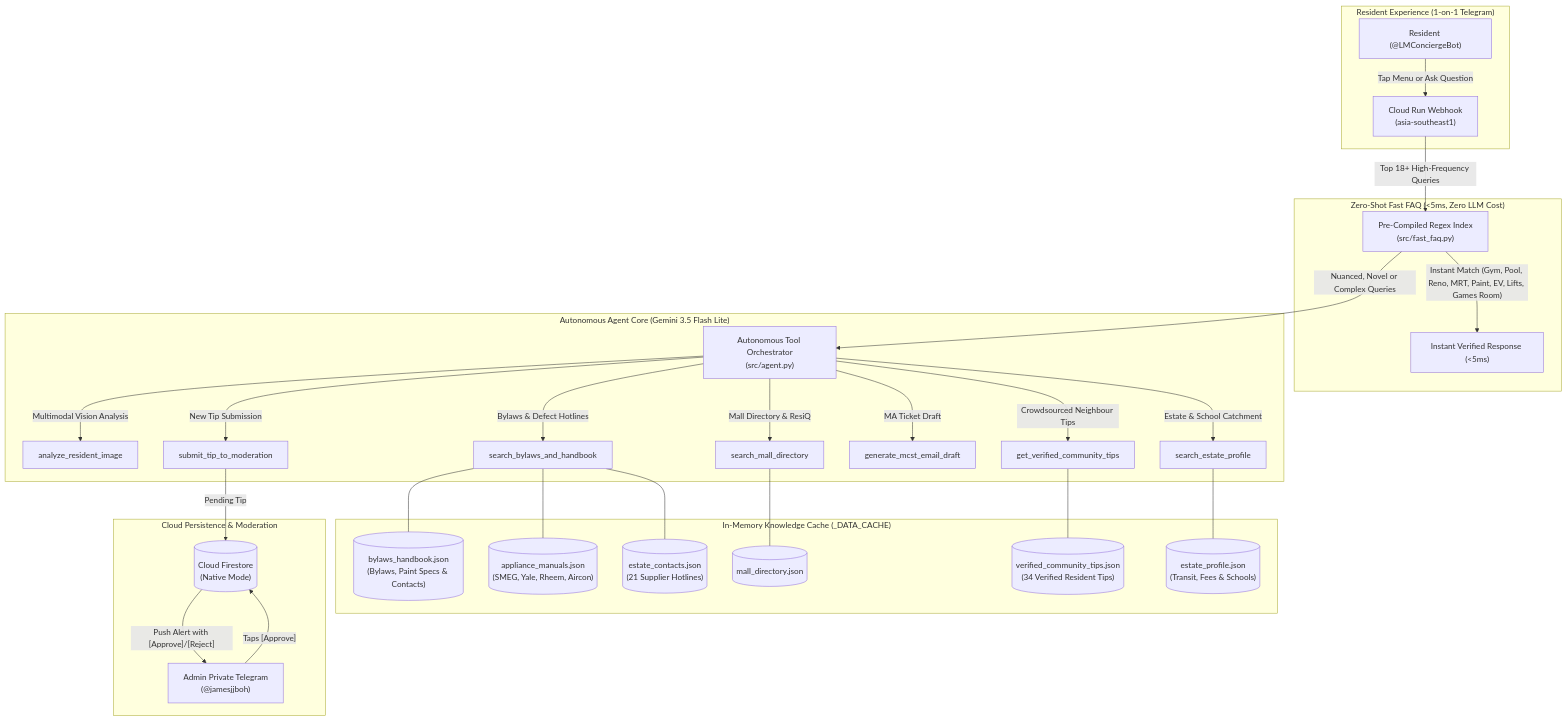
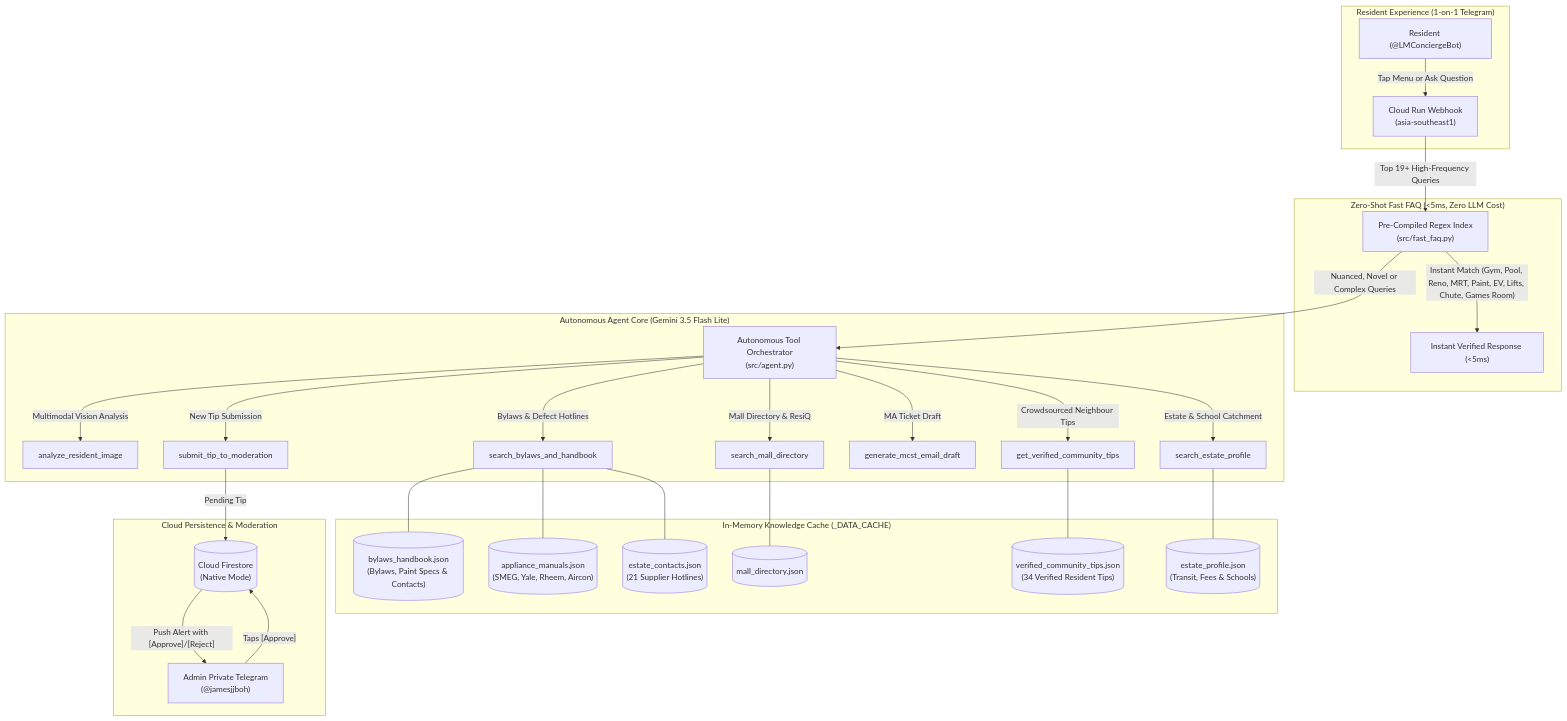
One commit to Jamesjjboh/Lentor-Modern-Concierge changed the diagram in README.md. Above: the diagram before and after it, drawn with Mermaid. The commit also changed 4 other files, not shown here.

Commit message:
feat(chute): add rubbish chute stuck Fast FAQ, reporting guidelines, and Level 2 bin disposal

````diff
--- a/README.md
+++ b/README.md
@@ -28,37 +28,37 @@
 ```mermaid
 flowchart TD
     subgraph ResidentExperience["Resident Experience (1-on-1 Telegram)"]
         User["Resident (@LMConciergeBot)"] -->|"Tap Menu or Ask Question"| Webhook["Cloud Run Webhook<br/>(asia-southeast1)"]
     end
 
     subgraph FastPath["Zero-Shot Fast FAQ (<5ms, Zero LLM Cost)"]
-        Webhook -->|"Top 18+ High-Frequency Queries"| FastFAQ["Pre-Compiled Regex Index<br/>(src/fast_faq.py)"]
-        FastFAQ -->|"Instant Match (Gym, Pool, Reno, MRT, Paint, EV, Lifts, Games Room)"| QuickReturn["Instant Verified Response (<5ms)"]
+        Webhook -->|"Top 19+ High-Frequency Queries"| FastFAQ["Pre-Compiled Regex Index<br/>(src/fast_faq.py)"]
+        FastFAQ -->|"Instant Match (Gym, Pool, Reno, MRT, Paint, EV, Lifts, Chute, Games Room)"| QuickReturn["Instant Verified Response (<5ms)"]
     end
 
     subgraph AgentCore["Autonomous Agent Core (Gemini 3.5 Flash Lite)"]
         FastFAQ -->|"Nuanced, Novel or Complex Queries"| Agent["Autonomous Tool Orchestrator<br/>(src/agent.py)"]
         Agent -->|"Multimodal Vision Analysis"| Vision["analyze_resident_image"]
         Agent -->|"Bylaws & Defect Hotlines"| Tool1["search_bylaws_and_handbook"]
         Agent -->|"Mall Directory & ResiQ"| Tool2["search_mall_directory"]
         Agent -->|"Crowdsourced Neighbour Tips"| Tool3["get_verified_community_tips"]
         Agent -->|"MA Ticket Draft"| Tool4["generate_mcst_email_draft"]
         Agent -->|"New Tip Submission"| Tool5["submit_tip_to_moderation"]
         Agent -->|"Estate & School Catchment"| Tool7["search_estate_profile"]
     end
 
     subgraph KnowledgeData["In-Memory Knowledge Cache (_DATA_CACHE)"]
         Tool1 --- K1[("bylaws_handbook.json<br/>(Bylaws, Paint Specs & Contacts)")]
         Tool1 --- K4[("appliance_manuals.json<br/>(SMEG, Yale, Rheem, Aircon)")]
         Tool1 --- K5[("estate_contacts.json<br/>(21 Supplier Hotlines)")]
         Tool2 --- K2[("mall_directory.json")]
         Tool3 --- K3[("verified_community_tips.json<br/>(34 Verified Resident Tips)")]
         Tool7 --- K6[("estate_profile.json<br/>(Transit, Fees & Schools)")]
     end
 
     subgraph DatabaseLayer["Cloud Persistence & Moderation"]
         Tool5 -->|"Pending Tip"| Firestore[("Cloud Firestore<br/>(Native Mode)")]
         Firestore -->|"Push Alert with [Approve]/[Reject]"| Admin["Admin Private Telegram<br/>(@jamesjjboh)"]
         Admin -->|"Taps [Approve]"| Firestore
     end
 ```
````
